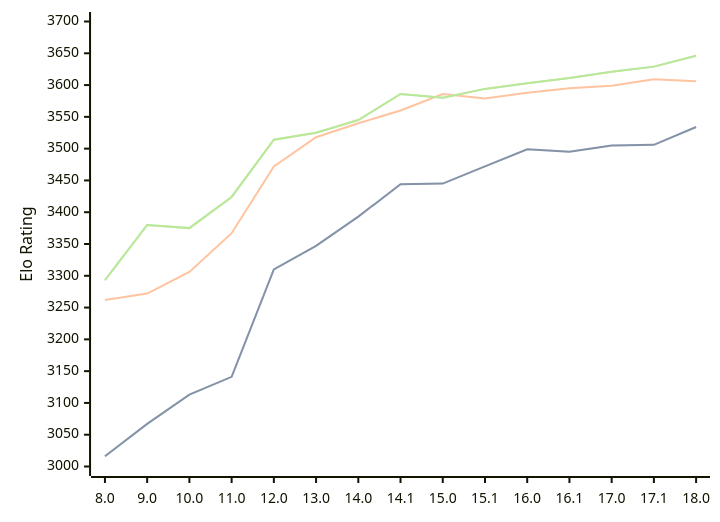
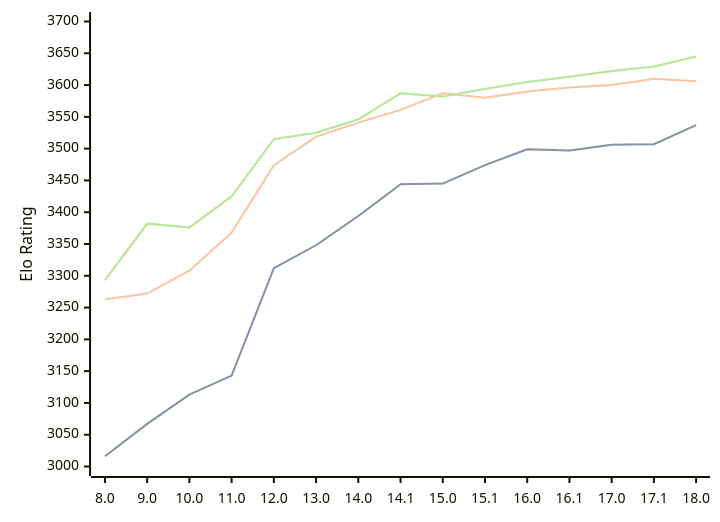
One commit to computer-chess-index/cci changed the diagram in engines/Stockfish.md. Above: the diagram before and after it, drawn with Mermaid. The commit also changed other lines of this file, not shown here.

Commit message:
Update CCI Ratings (ELO VLTC) - 2026-04-07

````diff
--- a/engines/Stockfish.md
+++ b/engines/Stockfish.md
@@ -46,11 +46,11 @@
 ```mermaid
 %%{init: {"theme":"base","themeVariables":{"seriesColors:['#a3a3a3','#222221','#faa371']}}}%%
 xychart-beta
   x-axis ["8.0", "9.0", "10.0", "11.0", "12.0", "13.0", "14.0", "14.1", "15.0", "15.1", "16.0", "16.1", "17.0", "17.1", "18.0"]
   y-axis "Elo Rating" 3000 --> 3700
-  line "STC (8.0+0.08s)" [3016, 3067, 3113, 3141, 3310, 3347, 3393, 3444, 3445, 3472, 3499, 3495, 3505, 3506, 3534]
-  line "STC (8.0+0.08s)" [3016, 3067, 3113, 3141, 3310, 3347, 3393, 3444, 3445, 3472, 3499, 3495, 3505, 3506, 3534]
-  line "LTC (60.0+0.60s)" [3262, 3272, 3306, 3367, 3472, 3518, 3540, 3560, 3586, 3579, 3588, 3595, 3599, 3609, 3606]
-  line "VLTC (2m24s+1.12s)" [3293, 3380, 3375, 3424, 3514, 3525, 3545, 3586, 3580, 3594, 3603, 3611, 3621, 3629, 3646]
-  line "VLTC (2m24s+1.12s)" [3293, 3380, 3375, 3424, 3514, 3525, 3545, 3586, 3580, 3594, 3603, 3611, 3621, 3629, 3646]
+  line "STC (8.0+0.08s)" [3016, 3067, 3113, 3143, 3312, 3348, 3394, 3444, 3445, 3474, 3499, 3497, 3506, 3507, 3537]
+  line "STC (8.0+0.08s)" [3016, 3067, 3113, 3143, 3312, 3348, 3394, 3444, 3445, 3474, 3499, 3497, 3506, 3507, 3537]
+  line "LTC (60.0+0.60s)" [3263, 3272, 3308, 3368, 3474, 3519, 3541, 3561, 3587, 3580, 3590, 3596, 3600, 3610, 3606]
+  line "VLTC (2m24s+1.12s)" [3293, 3382, 3376, 3425, 3515, 3525, 3546, 3587, 3582, 3594, 3605, 3613, 3622, 3629, 3645]
+  line "VLTC (2m24s+1.12s)" [3293, 3382, 3376, 3425, 3515, 3525, 3546, 3587, 3582, 3594, 3605, 3613, 3622, 3629, 3645]
 ```
````
